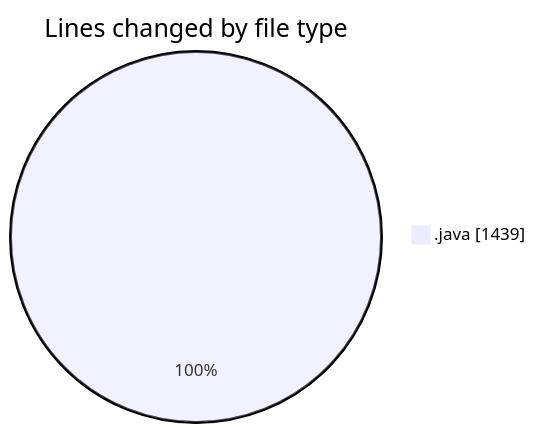
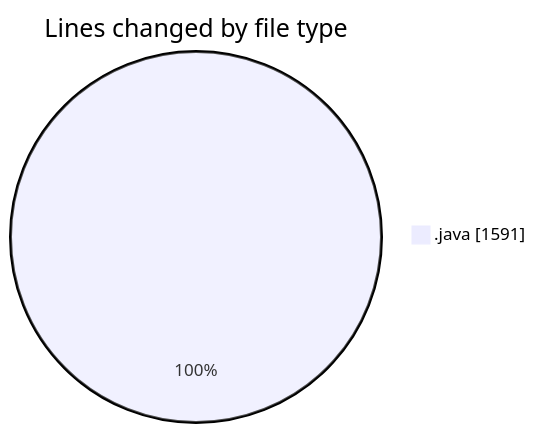
One commit to ricardozamudiocil/code-tracking changed the first of 2 diagrams in 2026-03-24/cilapp/README.md. Above: the diagram before and after it, drawn with Mermaid. The commit also changed other lines of this file and 1 other file, not shown here.

````diff
--- a/2026-03-24/cilapp/README.md
+++ b/2026-03-24/cilapp/README.md
@@ -23,5 +24,5 @@
 ```mermaid
 pie showData
 title Lines changed by file type
-".java" : 1439
+".java" : 1591
 ```
````
